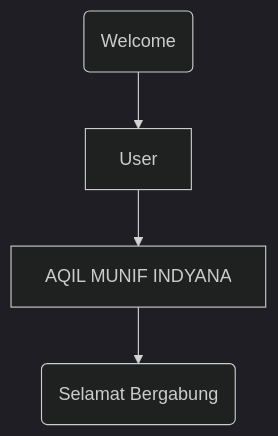
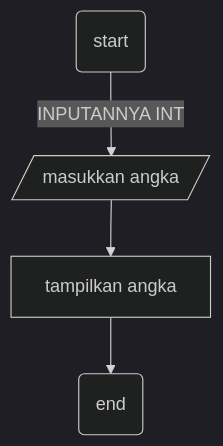
Before and after one commit to AQILMUNIFINDYANA/algo: the diagram in pert2/flowchart.md, drawn with Mermaid (dark theme). The commit also changed 21 other files, not shown here.

````diff
--- a/pert2/flowchart.md
+++ b/pert2/flowchart.md
@@ -1,7 +1,7 @@
 ```mermaid
     flowchart TD;
 
-    A(Welcome) --> B[User];
-    B --> C[AQIL MUNIF INDYANA];
-    C --> D(Selamat Bergabung);
+    A(start) --INPUTANNYA INT-->B[/masukkan angka/];
+    B --> C[tampilkan angka];
+    C --> D(end);
 ```
````
